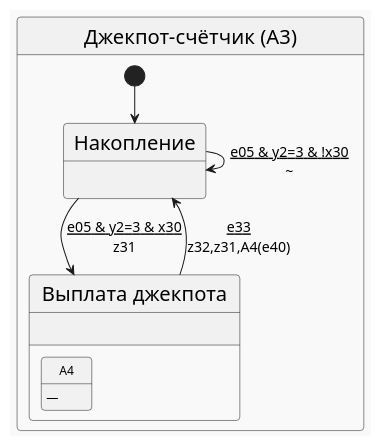
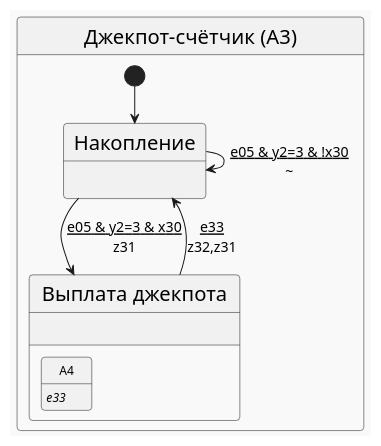
The diagram in articles/multiply_many_nested/puml/a3.puml (PhoenixNazarov/fsm-multiply), drawn with PlantUML before and after one commit. The commit also changed 11 other files, not shown here.

```diff
--- a/articles/multiply_many_nested/puml/a3.puml
+++ b/articles/multiply_many_nested/puml/a3.puml
@@ -1,16 +1,16 @@
 @startuml
 !theme mars
 skinparam stateFontSize 20
 skinparam arrowFontSize 14
 state "Джекпот-счётчик (A3)" as A3 {
     [*] --> A30
     state "Накопление" as A30 : 
     state "Выплата джекпота" as A31 : 
     state "Выплата джекпота" as A31 {
-        state "<size:12>A4" as F1 : <size:12>—
+        state "<size:12>A4" as F1 : <size:12><i>e33
     }
     A30 --> A31 : <u>e05 & y2=3 & x30\nz31
     A30 --> A30 : <u>e05 & y2=3 & !x30\n~
-    A31 --> A30 : <u>e33\nz32,z31,A4(e40)
+    A31 --> A30 : <u>e33\nz32,z31
 }
 @enduml
```
